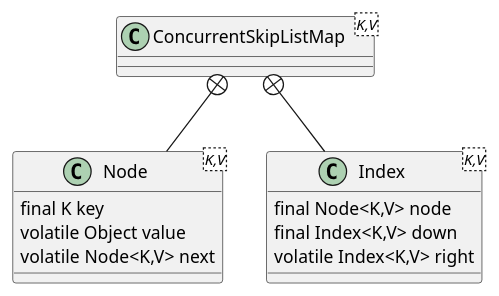
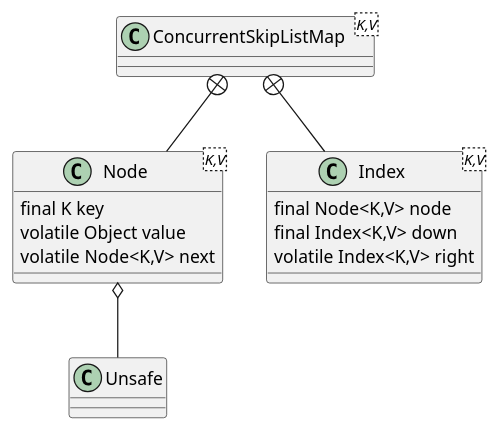
One commit to onlyonion/development changed the diagram in 10-java/src/rt.jar.src/java/util/concurrent/map.ConcurrentSkipListMap.md. Above: the diagram before and after it, drawn with PlantUML. The commit also changed other lines of this file and 11 other files, not shown here.

````diff
--- a/10-java/src/rt.jar.src/java/util/concurrent/map.ConcurrentSkipListMap.md
+++ b/10-java/src/rt.jar.src/java/util/concurrent/map.ConcurrentSkipListMap.md
@@ -20,24 +20,26 @@
 ```plantuml
 @startuml
 
 class ConcurrentSkipListMap<K,V> {
 
 }
 
 ConcurrentSkipListMap +-- Node
 ConcurrentSkipListMap +-- Index
 
 class Node<K,V> {
     final K key
     volatile Object value
     volatile Node<K,V> next
 }
 
+Node o-- Unsafe
+
 class Index<K,V> {
     final Node<K,V> node
     final Index<K,V> down
     volatile Index<K,V> right
 }        
       
 @enduml
 ```
````
